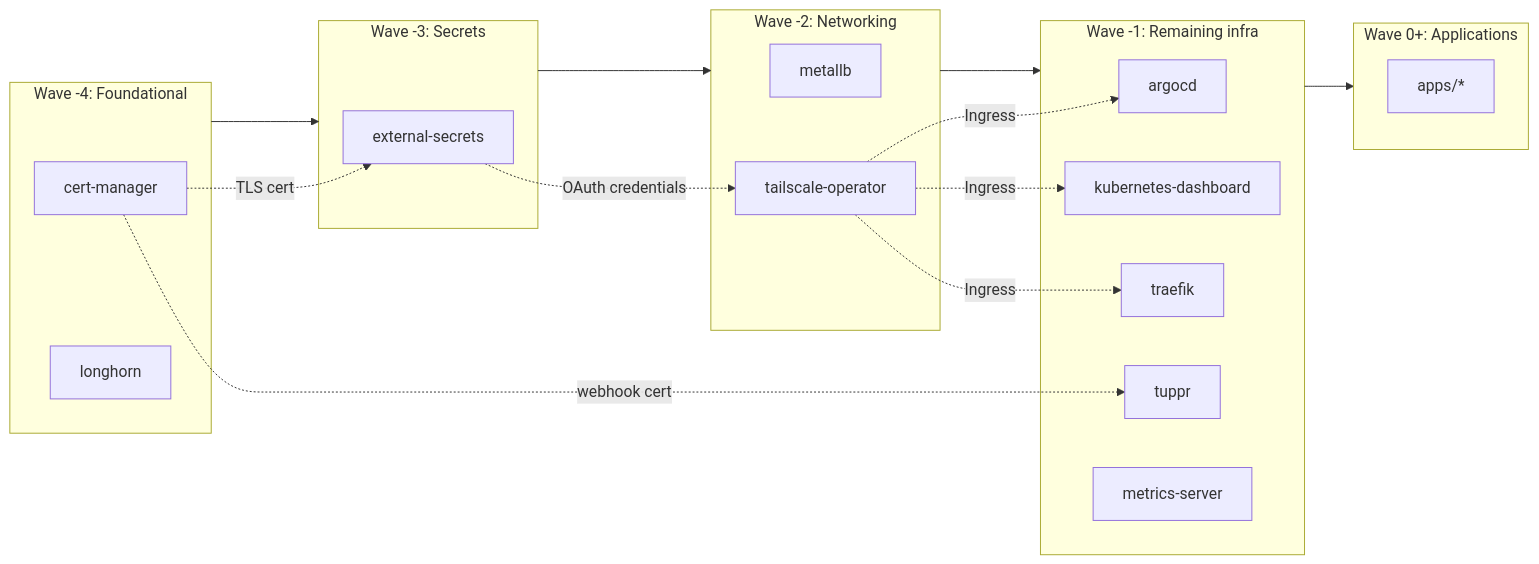
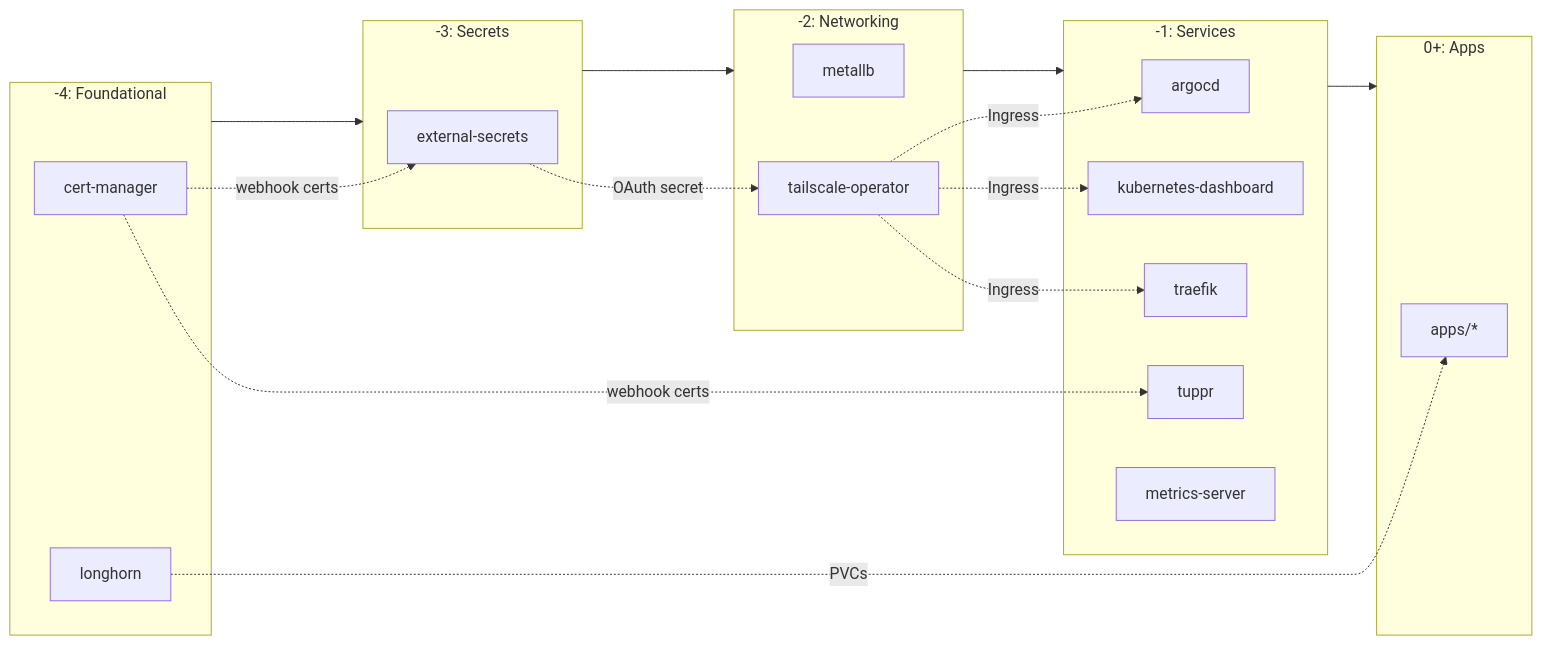
One commit to bafulton/homelab changed the diagram in kubernetes/README.md. Above: the diagram before and after it, drawn with Mermaid. The commit also changed other lines of this file and 4 other files, not shown here.

````diff
--- a/kubernetes/README.md
+++ b/kubernetes/README.md
@@ -28,36 +28,37 @@
 ```mermaid
 flowchart LR
-    subgraph wave4[Wave -4: Foundational]
+    subgraph wave4["-4: Foundational"]
         cm[cert-manager]
         lh[longhorn]
     end
 
-    subgraph wave3[Wave -3: Secrets]
+    subgraph wave3["-3: Secrets"]
         es[external-secrets]
     end
 
-    subgraph wave2[Wave -2: Networking]
+    subgraph wave2["-2: Networking"]
         mlb[metallb]
         ts[tailscale-operator]
     end
 
-    subgraph wave1[Wave -1: Remaining infra]
+    subgraph wave1["-1: Services"]
         argo[argocd]
         kd[kubernetes-dashboard]
         tf[traefik]
         tuppr[tuppr]
         ms[metrics-server]
     end
 
-    subgraph wave0[Wave 0+: Applications]
+    subgraph wave0["0+: Apps"]
         apps[apps/*]
     end
 
     wave4 --> wave3 --> wave2 --> wave1 --> wave0
-    cm -.->|TLS cert| es
-    cm -.->|webhook cert| tuppr
-    es -.->|OAuth credentials| ts
+    cm -.->|webhook certs| es
+    cm -.->|webhook certs| tuppr
+    lh -.->|PVCs| apps
+    es -.->|OAuth secret| ts
     ts -.->|Ingress| argo
     ts -.->|Ingress| kd
     ts -.->|Ingress| tf
 ```
````
